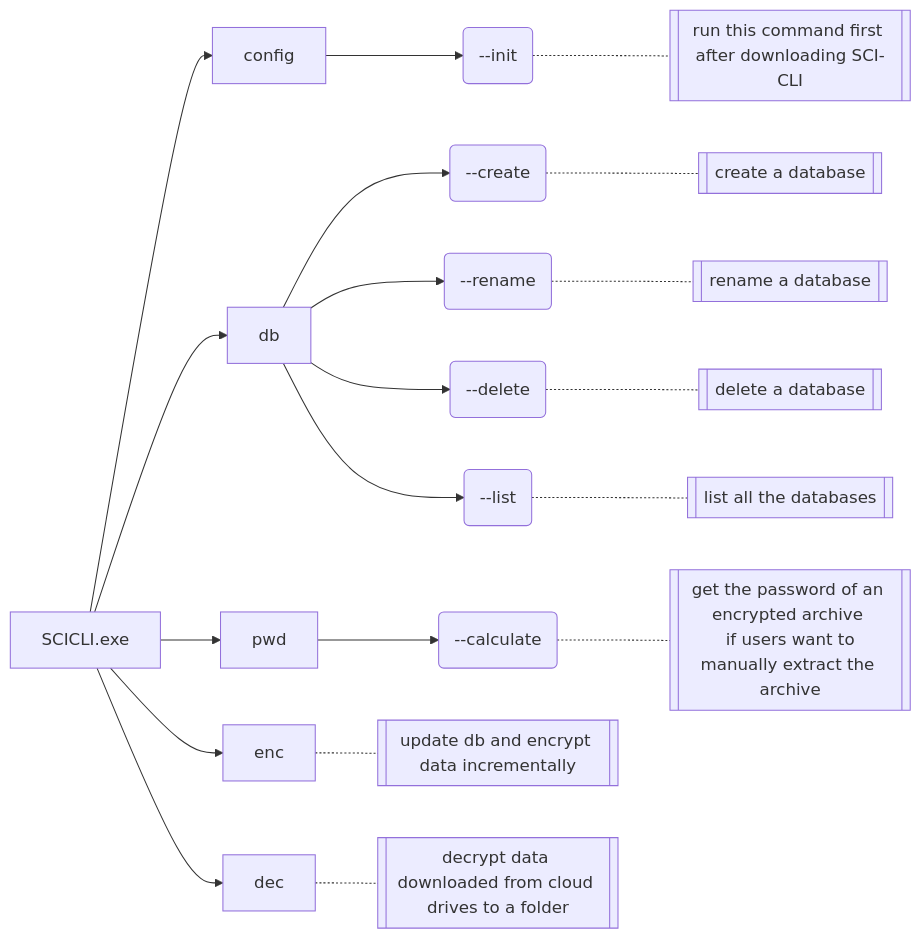
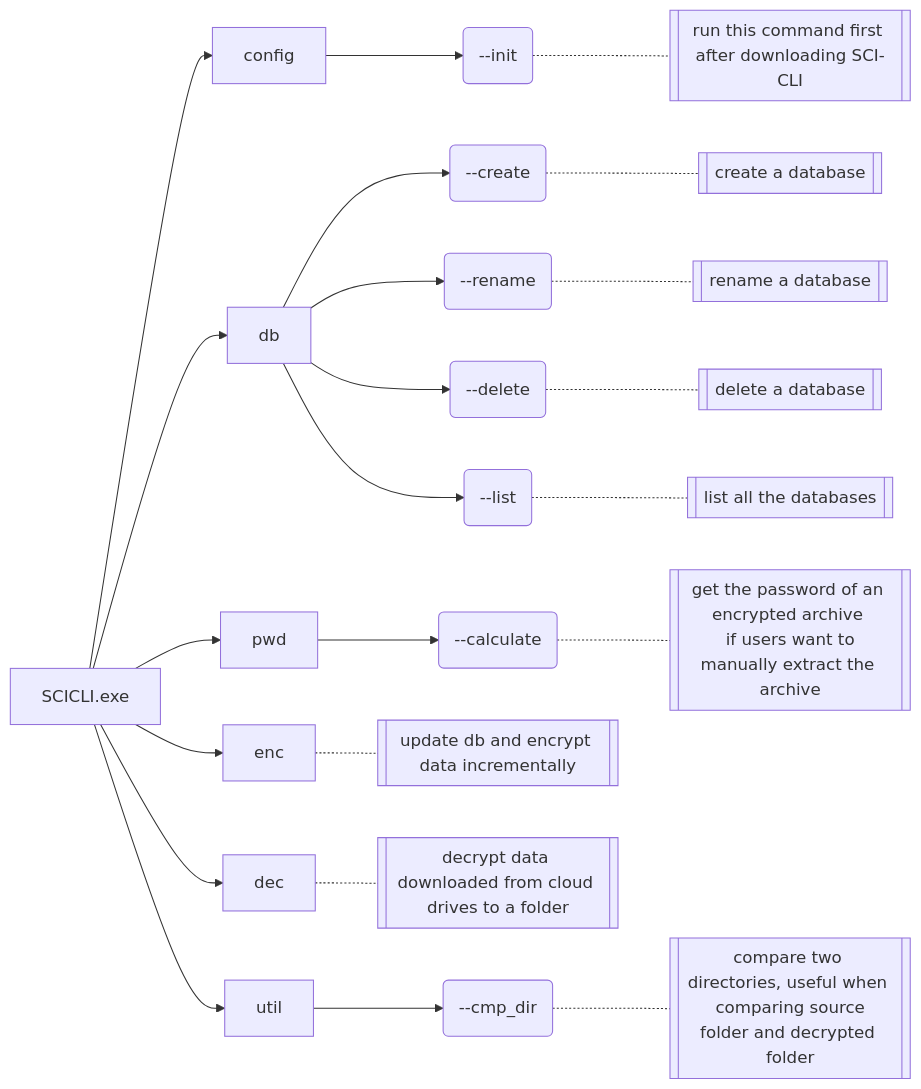
One commit to gustaavv/SecureCloudInspector changed the second of 2 diagrams in README.md. Above: the diagram before and after it, drawn with Mermaid. The commit also changed other lines of this file and 2 other files, not shown here.

Commit message:
`util --cmp_dir` done

````diff
--- a/README.md
+++ b/README.md
@@ -127,26 +127,29 @@
 ```mermaid
 flowchart LR
 %% name convention for id:
 %% 'v' means verb
 %% 'o' means options
 %% 'e' means explanation
 %% o21 means the 1st option of the 2nd verb
 %% e21 means the explanation of o21
     exe[SCICLI.exe]
 %% config
     exe --> v1[config]
     v1 --> o11("--init") -.- e11[[run this command first after downloading SCI-CLI]]
 %% database 
     exe --> v2[db]
     v2 --> o21("--create") -.- e21[[create a database]]
     v2 --> o22("--rename") -.- e22[[rename a database]]
     v2 --> o23("--delete") -.- e23[[delete a database]]
     v2 --> o24("--list") -.- e24[[list all the databases]]
 %% password
     exe --> v3[pwd]
     v3 --> o32("--calculate") -.- e32[[get the password of an encrypted archive <br/> if users want to manually extract the archive]]
 %% encrypt
     exe --> v4[enc] -.-e4[[update db and encrypt data incrementally]]
 %% decrypt
     exe --> v5[dec] -.-e5[[decrypt data downloaded from cloud drives to a folder]]
+%% util
+    exe --> v6[util]
+    v6 --> o61("--cmp_dir") -.-e61[[compare two directories, useful when <br/> comparing source folder and decrypted folder]]
 ```
````
